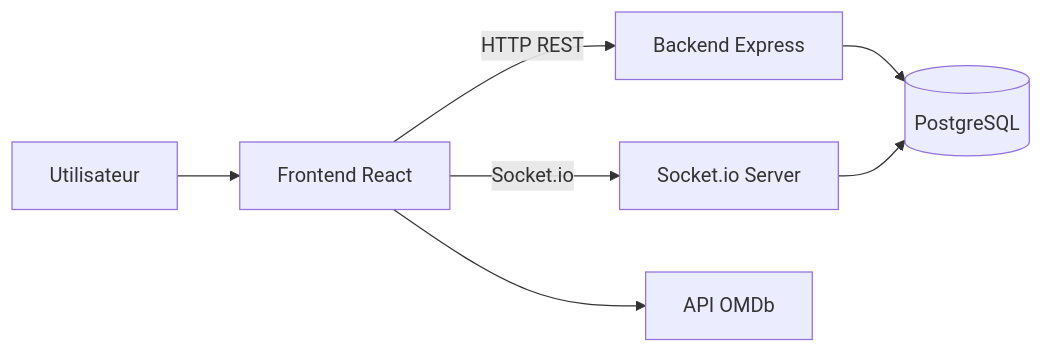
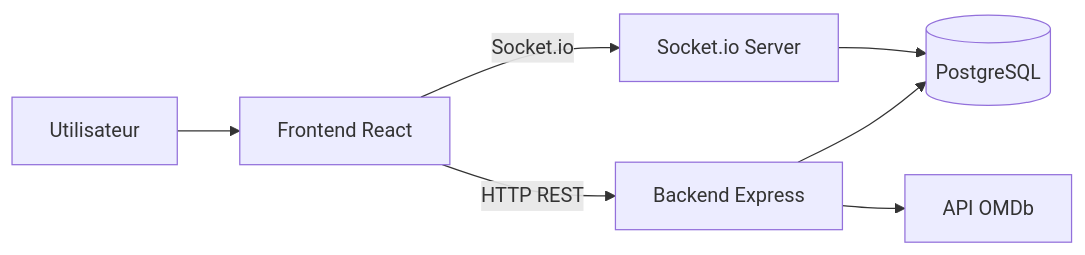
One commit to xavi-ouattaradongui/cineconnect changed the diagram in docs/architecture.md. Above: the diagram before and after it, drawn with Mermaid. The commit also changed other lines of this file and 3 other files, not shown here.

````diff
--- a/docs/architecture.md
+++ b/docs/architecture.md
@@ -14,9 +14,9 @@
 ```mermaid
 flowchart LR
   U[Utilisateur] --> F[Frontend React]
   F -->|HTTP REST| B[Backend Express]
   F -->|Socket.io| S[Socket.io Server]
   B --> D[(PostgreSQL)]
   S --> D
-  F --> O[API OMDb]
+  B --> O[API OMDb]
 ```
````
